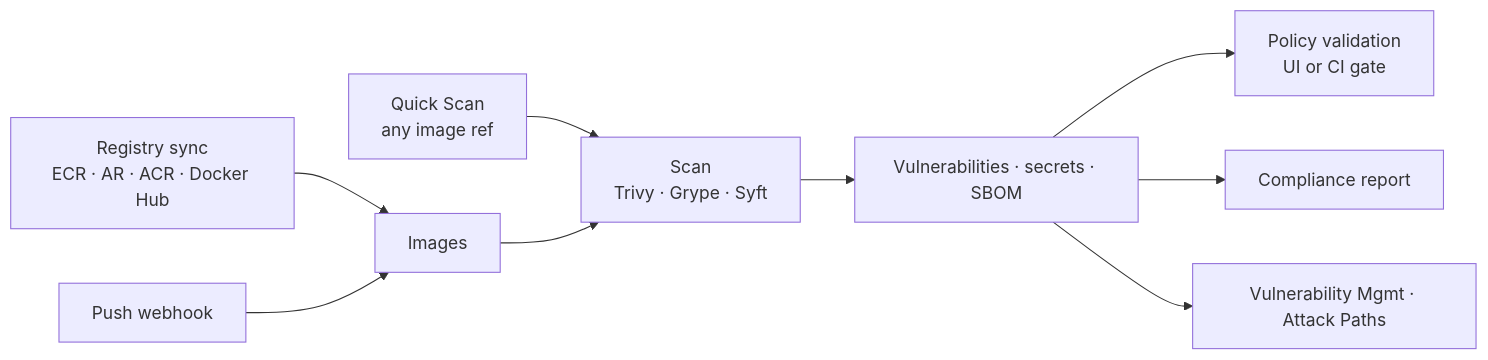
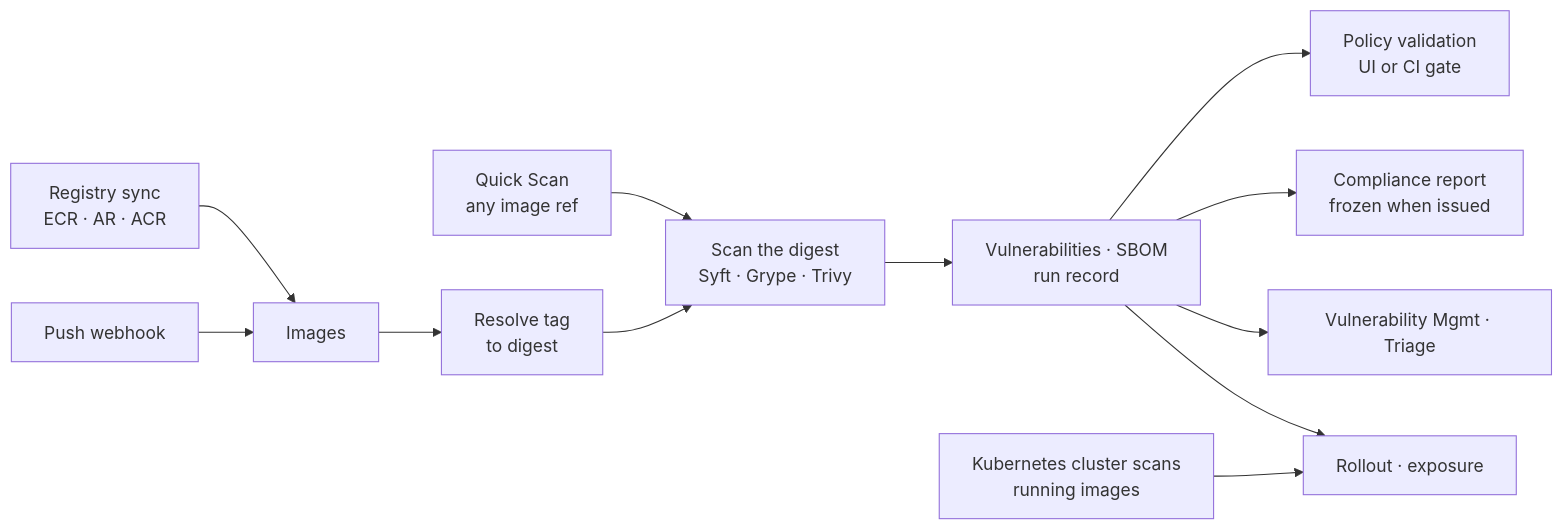
The diagram in docs/security-scanning/containers/index.md (niteshsaini/offloadsecurity-docs), drawn with Mermaid before and after one commit. The commit also changed other lines of this file and 156 other files, not shown here.

````diff
--- a/docs/security-scanning/containers/index.md
+++ b/docs/security-scanning/containers/index.md
@@ -48,11 +54,14 @@
 ```mermaid
 flowchart LR
-    R[Registry sync<br/>ECR · AR · ACR · Docker Hub] --> I[Images]
+    R[Registry sync<br/>ECR · AR · ACR] --> I[Images]
     P[Push webhook] --> I
     Q[Quick Scan<br/>any image ref] --> S
-    I --> S[Scan<br/>Trivy · Grype · Syft]
-    S --> F[Vulnerabilities · secrets · SBOM]
+    I --> D[Resolve tag<br/>to digest]
+    D --> S[Scan the digest<br/>Syft · Grype · Trivy]
+    S --> F[Vulnerabilities · SBOM<br/>run record]
     F --> PO[Policy validation<br/>UI or CI gate]
-    F --> C[Compliance report]
-    F --> V[Vulnerability Mgmt · Attack Paths]
+    F --> C[Compliance report<br/>frozen when issued]
+    F --> V[Vulnerability Mgmt · Triage]
+    K[Kubernetes cluster scans<br/>running images] --> RO[Rollout · exposure]
+    F --> RO
 ```
````
